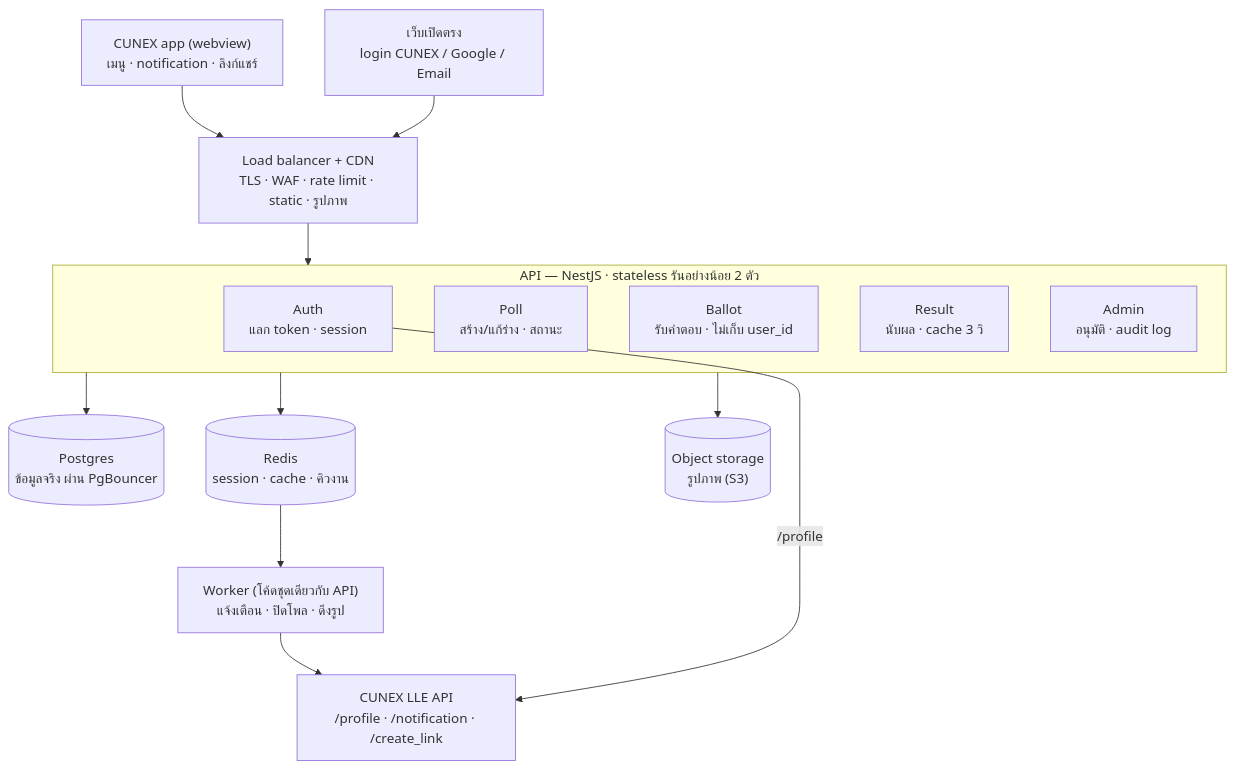
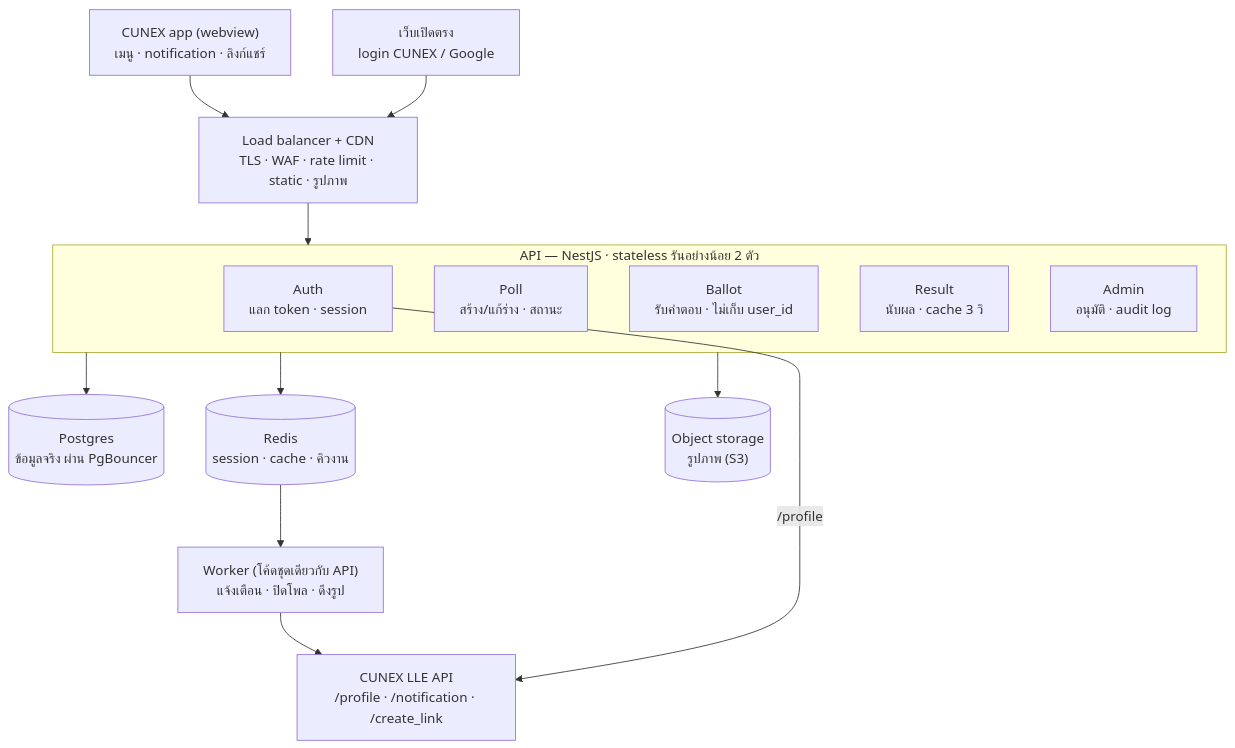
Before and after one commit to Calculuszz/cunex-poll: the first of 2 diagrams in docs/backend-guide.md, drawn with Mermaid. The commit also changed other lines of this file and 26 other files, not shown here.

````diff
--- a/docs/backend-guide.md
+++ b/docs/backend-guide.md
@@ -35,28 +35,28 @@
 ```mermaid
 flowchart TB
     cunexApp["CUNEX app (webview)<br/>เมนู · notification · ลิงก์แชร์"]
-    web["เว็บเปิดตรง<br/>login CUNEX / Google / Email"]
+    web["เว็บเปิดตรง<br/>login CUNEX / Google"]
     lb["Load balancer + CDN<br/>TLS · WAF · rate limit · static · รูปภาพ"]
     subgraph api["API — NestJS · stateless รันอย่างน้อย 2 ตัว"]
         auth["Auth<br/>แลก token · session"]
         poll["Poll<br/>สร้าง/แก้ร่าง · สถานะ"]
         ballot["Ballot<br/>รับคำตอบ · ไม่เก็บ user_id"]
         result["Result<br/>นับผล · cache 3 วิ"]
         admin["Admin<br/>อนุมัติ · audit log"]
     end
     pg[("Postgres<br/>ข้อมูลจริง ผ่าน PgBouncer")]
     redis[("Redis<br/>session · cache · คิวงาน")]
     s3[("Object storage<br/>รูปภาพ (S3)")]
     worker["Worker (โค้ดชุดเดียวกับ API)<br/>แจ้งเตือน · ปิดโพล · ดึงรูป"]
     lle["CUNEX LLE API<br/>/profile · /notification · /create_link"]
 
     cunexApp --> lb
     web --> lb
     lb --> api
     api --> pg
     api --> redis
     api --> s3
     redis --> worker
     worker --> lle
     auth -- "/profile" --> lle
 ```
````
